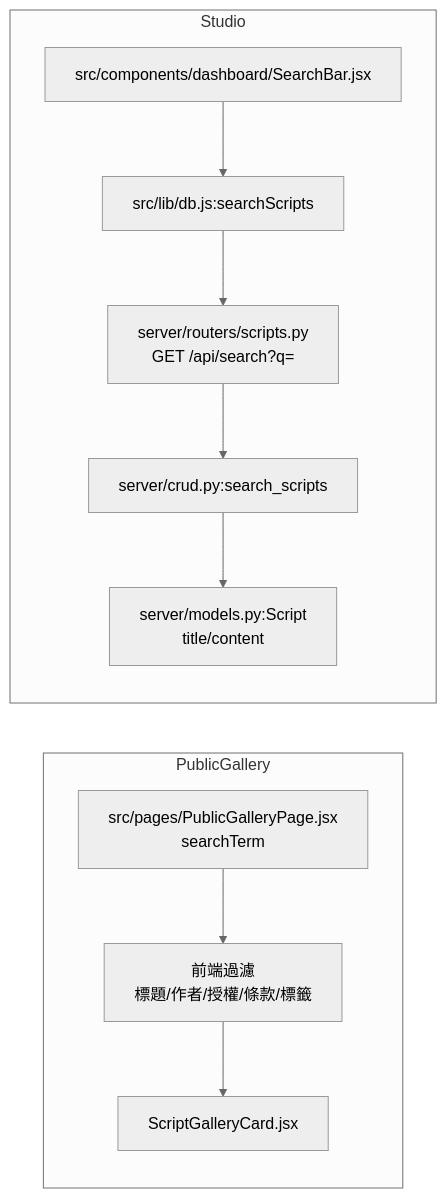
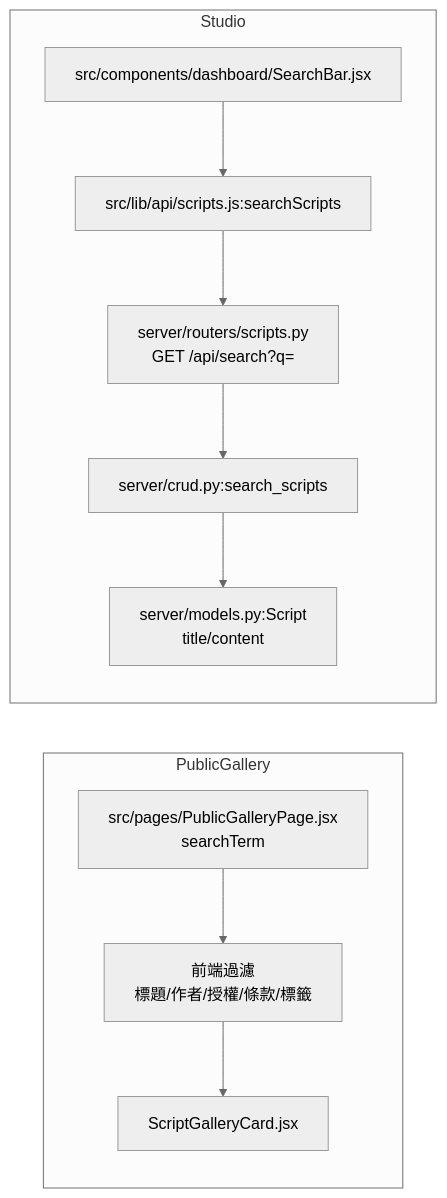
The tenth of 15 diagrams in docs/product/data-flows.md (Shawn-csy/write_project), drawn with Mermaid (neutral theme) before and after one commit. The commit also changed other lines of this file and 113 other files, not shown here.

````diff
--- a/docs/product/data-flows.md
+++ b/docs/product/data-flows.md
@@ -168,13 +168,13 @@
 ```mermaid
 flowchart LR
   subgraph PublicGallery
     A[src/pages/PublicGalleryPage.jsx\nsearchTerm] --> B[前端過濾\n標題/作者/授權/條款/標籤]
     B --> C[ScriptGalleryCard.jsx]
   end
   subgraph Studio
-    D[src/components/dashboard/SearchBar.jsx] --> E[src/lib/db.js:searchScripts]
+    D[src/components/dashboard/SearchBar.jsx] --> E[src/lib/api/scripts.js:searchScripts]
     E --> F[server/routers/scripts.py\nGET /api/search?q=]
     F --> G[server/crud.py:search_scripts]
     G --> H[server/models.py:Script\ntitle/content]
   end
 ```
````
